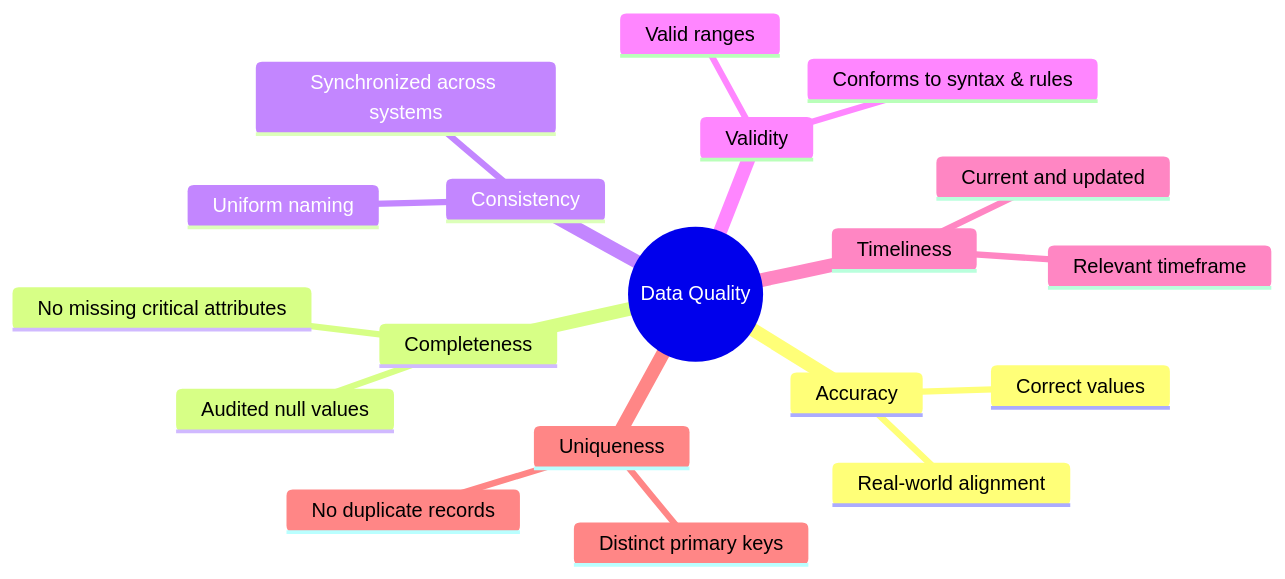
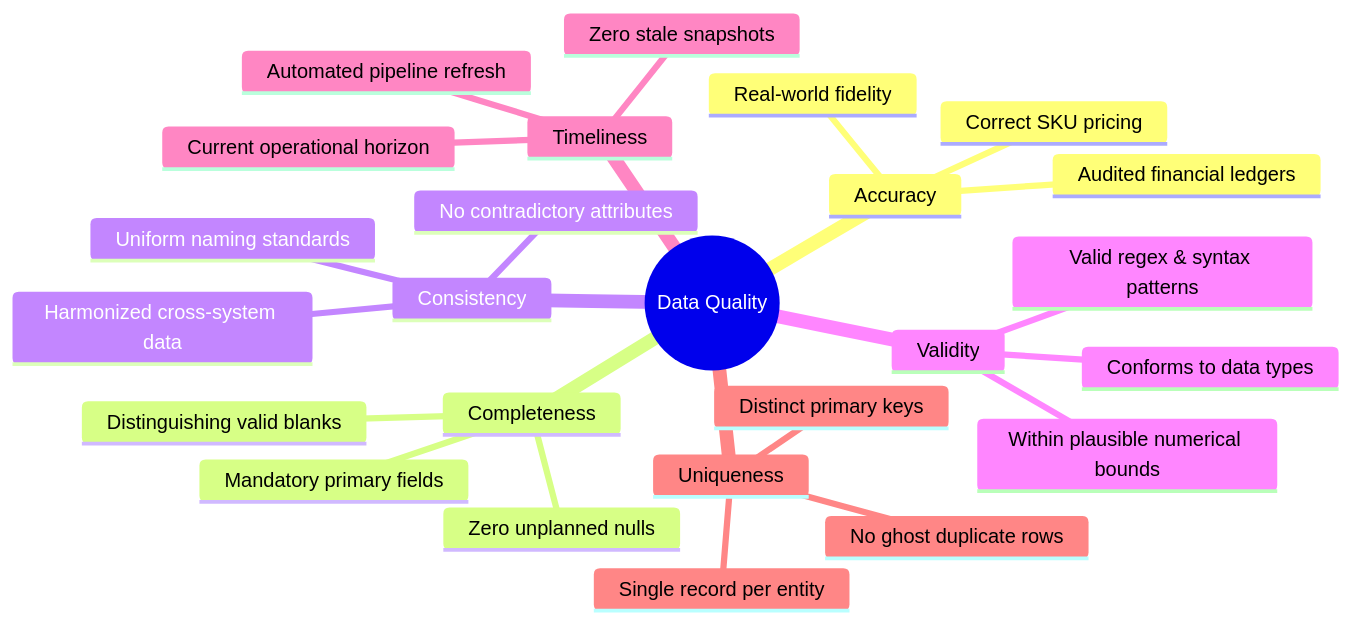
The third of 4 diagrams in 02_Notes/07_Data_Cleaning_and_Importing/01_Data_Quality_Dimensions_and_Audit.md (Sohila-Khaled-Abbas/COURSE-EXCEL-ZERO-TO-HERO), drawn with Mermaid before and after one commit. The commit also changed other lines of this file, not shown here.

````diff
--- a/02_Notes/07_Data_Cleaning_and_Importing/01_Data_Quality_Dimensions_and_Audit.md
+++ b/02_Notes/07_Data_Cleaning_and_Importing/01_Data_Quality_Dimensions_and_Audit.md
@@ -27,22 +152,28 @@
 ```mermaid
 mindmap
   root((Data Quality))
     Accuracy
-      Correct values
-      Real-world alignment
+      Real-world fidelity
+      Audited financial ledgers
+      Correct SKU pricing
     Completeness
-      No missing critical attributes
-      Audited null values
+      Zero unplanned nulls
+      Mandatory primary fields
+      Distinguishing valid blanks
     Consistency
-      Synchronized across systems
-      Uniform naming
+      Uniform naming standards
+      No contradictory attributes
+      Harmonized cross-system data
     Validity
-      Conforms to syntax & rules
-      Valid ranges
+      Conforms to data types
+      Within plausible numerical bounds
+      Valid regex & syntax patterns
     Timeliness
-      Current and updated
-      Relevant timeframe
+      Current operational horizon
+      Automated pipeline refresh
+      Zero stale snapshots
     Uniqueness
-      No duplicate records
+      Single record per entity
       Distinct primary keys
+      No ghost duplicate rows
 ```
````
